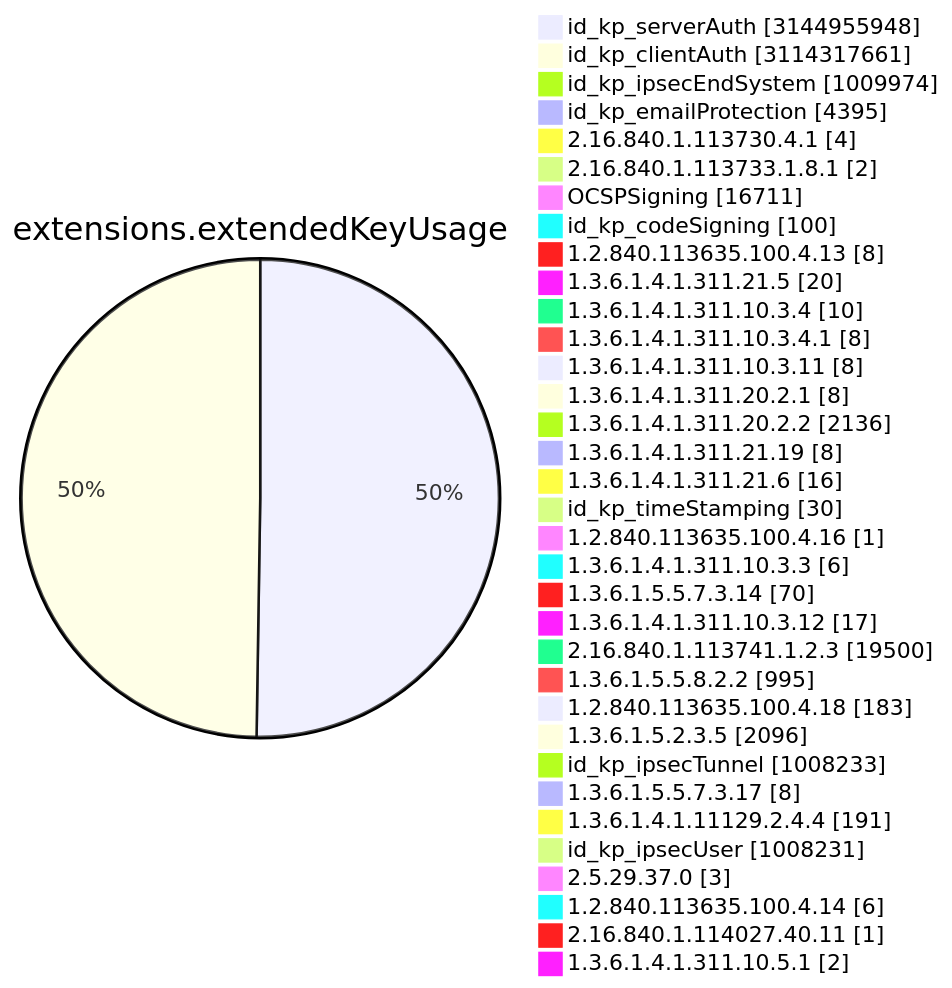
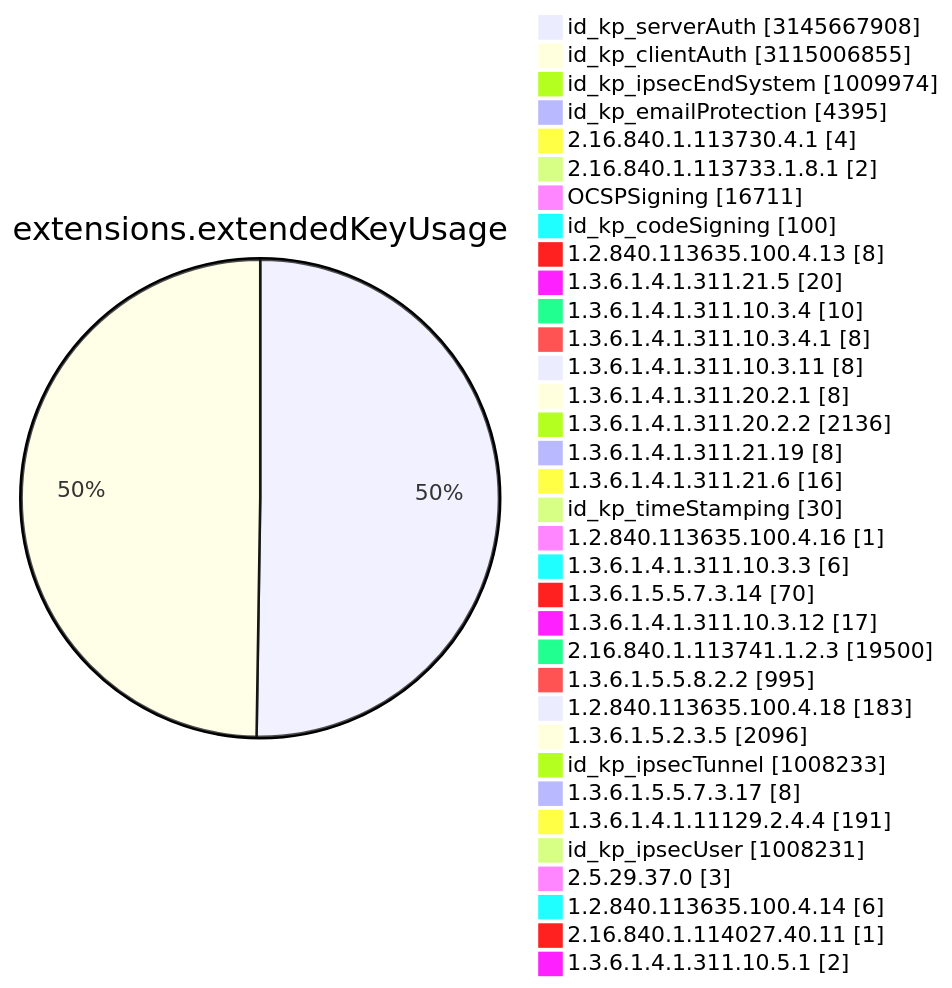
Diagram 11 of 15 in TOTAL/README.md (christiankrug/ctmonitor_visualization), drawn with Mermaid before and after one commit. The commit also changed other lines of this file, not shown here.

````diff
--- a/TOTAL/README.md
+++ b/TOTAL/README.md
@@ -4119,38 +4119,38 @@
 ```mermaid
 pie showData
 title extensions.extendedKeyUsage
-"id_kp_serverAuth" :3144955948
-"id_kp_clientAuth" :3114317661
+"id_kp_serverAuth" :3145667908
+"id_kp_clientAuth" :3115006855
 "id_kp_ipsecEndSystem" :1009974
 "id_kp_emailProtection" :4395
 "2.16.840.1.113730.4.1" :4
 "2.16.840.1.113733.1.8.1" :2
 "OCSPSigning" :16711
 "id_kp_codeSigning" :100
 "1.2.840.113635.100.4.13" :8
 "1.3.6.1.4.1.311.21.5" :20
 "1.3.6.1.4.1.311.10.3.4" :10
 "1.3.6.1.4.1.311.10.3.4.1" :8
 "1.3.6.1.4.1.311.10.3.11" :8
 "1.3.6.1.4.1.311.20.2.1" :8
 "1.3.6.1.4.1.311.20.2.2" :2136
 "1.3.6.1.4.1.311.21.19" :8
 "1.3.6.1.4.1.311.21.6" :16
 "id_kp_timeStamping" :30
 "1.2.840.113635.100.4.16" :1
 "1.3.6.1.4.1.311.10.3.3" :6
 "1.3.6.1.5.5.7.3.14" :70
 "1.3.6.1.4.1.311.10.3.12" :17
 "2.16.840.1.113741.1.2.3" :19500
 "1.3.6.1.5.5.8.2.2" :995
 "1.2.840.113635.100.4.18" :183
 "1.3.6.1.5.2.3.5" :2096
 "id_kp_ipsecTunnel" :1008233
 "1.3.6.1.5.5.7.3.17" :8
 "1.3.6.1.4.1.11129.2.4.4" :191
 "id_kp_ipsecUser" :1008231
 "2.5.29.37.0" :3
 "1.2.840.113635.100.4.14" :6
 "2.16.840.1.114027.40.11" :1
 "1.3.6.1.4.1.311.10.5.1" :2
 ```
````
